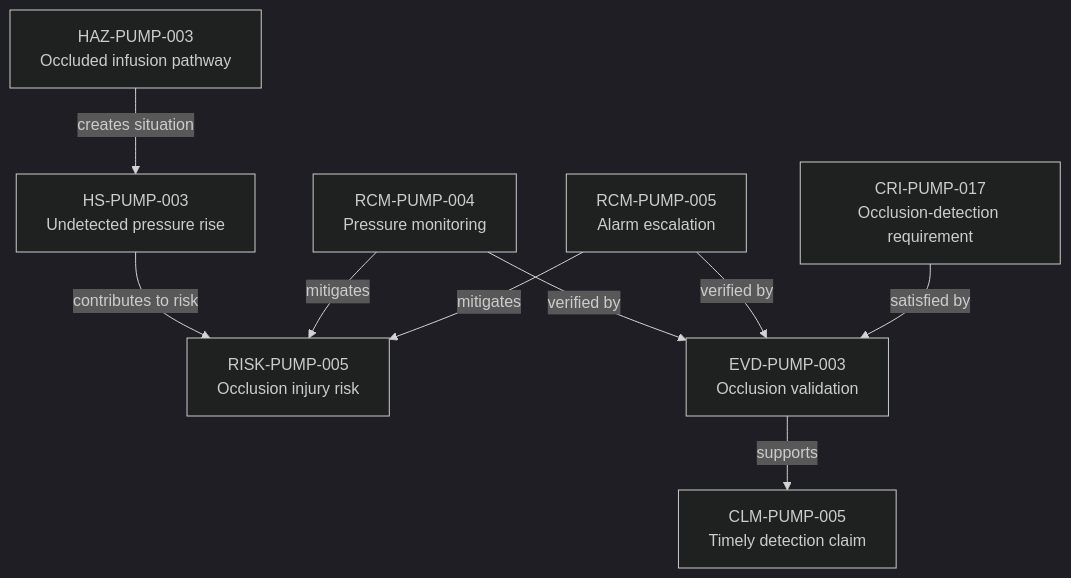
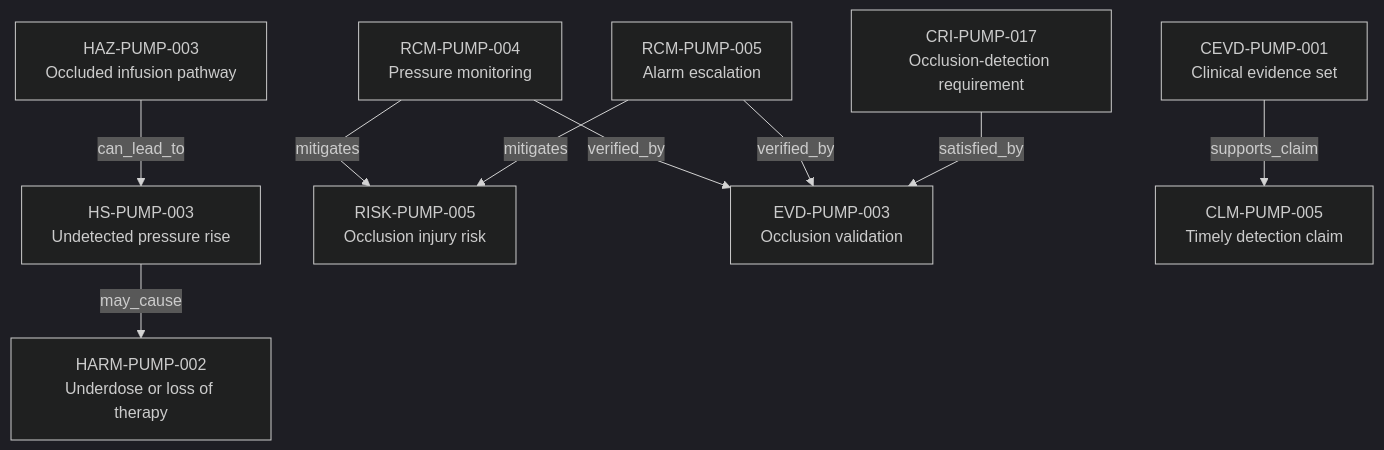
One commit to mvattulainen/mdrontology changed the diagram in content/06-Infpump FlowGuard ontology notes/connections/03-occlusion-detection-safety-case.md. Above: the diagram before and after it, drawn with Mermaid (dark theme). The commit also changed other lines of this file and 321 other files, not shown here.

Commit message:
Implement Mermaid ontology audit findings

````diff
--- a/content/06-Infpump FlowGuard ontology notes/connections/03-occlusion-detection-safety-case.md
+++ b/content/06-Infpump FlowGuard ontology notes/connections/03-occlusion-detection-safety-case.md
@@ -25,27 +24,32 @@
 ```mermaid
+%%{init: {"flowchart": {"curve": "linear"}}}%%
 flowchart TD
   N1["HAZ-PUMP-003<br/>Occluded infusion pathway"]
   N2["HS-PUMP-003<br/>Undetected pressure rise"]
-  N3["RISK-PUMP-005<br/>Occlusion injury risk"]
-  N4["RCM-PUMP-004<br/>Pressure monitoring"]
-  N5["RCM-PUMP-005<br/>Alarm escalation"]
-  N6["EVD-PUMP-003<br/>Occlusion validation"]
-  N7["CRI-PUMP-017<br/>Occlusion-detection requirement"]
-  N8["CLM-PUMP-005<br/>Timely detection claim"]
-  N1 -->|creates situation| N2
-  N2 -->|contributes to risk| N3
-  N4 -->|mitigates| N3
-  N5 -->|mitigates| N3
-  N4 -->|verified by| N6
-  N5 -->|verified by| N6
-  N7 -->|satisfied by| N6
-  N6 -->|supports| N8
+  N3["HARM-PUMP-002<br/>Underdose or loss of therapy"]
+  N4["RISK-PUMP-005<br/>Occlusion injury risk"]
+  N5["RCM-PUMP-004<br/>Pressure monitoring"]
+  N6["RCM-PUMP-005<br/>Alarm escalation"]
+  N7["EVD-PUMP-003<br/>Occlusion validation"]
+  N8["CRI-PUMP-017<br/>Occlusion-detection requirement"]
+  N9["CLM-PUMP-005<br/>Timely detection claim"]
+  N10["CEVD-PUMP-001<br/>Clinical evidence set"]
+  N1 -->|can_lead_to| N2
+  N2 -->|may_cause| N3
+  N5 -->|mitigates| N4
+  N6 -->|mitigates| N4
+  N5 -->|verified_by| N7
+  N6 -->|verified_by| N7
+  N8 -->|satisfied_by| N7
+  N10 -->|supports_claim| N9
   click N1 "/06-infpump-flowguard-ontology-notes/hazard/haz-pump-003-occluded-infusion-pathway" "Open HAZ-PUMP-003"
   click N2 "/06-infpump-flowguard-ontology-notes/hazardous-situation/hs-pump-003-pressure-rises-while-downstream-occlusion-is-undetected" "Open HS-PUMP-003"
-  click N3 "/06-infpump-flowguard-ontology-notes/risk/risk-pump-005-clinical-injury-following-occluded-infusion-pathway" "Open RISK-PUMP-005"
-  click N4 "/06-infpump-flowguard-ontology-notes/risk-control-measure/rcm-pump-004-occlusion-pressure-monitoring" "Open RCM-PUMP-004"
-  click N5 "/06-infpump-flowguard-ontology-notes/risk-control-measure/rcm-pump-005-occlusion-alarm-escalation" "Open RCM-PUMP-005"
-  click N6 "/06-infpump-flowguard-ontology-notes/verification-evidence/evd-pump-003-occlusion-detection-validation-report" "Open EVD-PUMP-003"
-  click N7 "/06-infpump-flowguard-ontology-notes/compliance-requirement-instance/cri-pump-017-occlusion-detection" "Open CRI-PUMP-017"
-  click N8 "/06-infpump-flowguard-ontology-notes/clinical-claim/clm-pump-005-detects-downstream-occlusion-before-prolonged-therapy-interruption" "Open CLM-PUMP-005"
+  click N3 "/06-infpump-flowguard-ontology-notes/harm/harm-pump-002-underdose-or-loss-of-therapy" "Open HARM-PUMP-002"
+  click N4 "/06-infpump-flowguard-ontology-notes/risk/risk-pump-005-clinical-injury-following-occluded-infusion-pathway" "Open RISK-PUMP-005"
+  click N5 "/06-infpump-flowguard-ontology-notes/risk-control-measure/rcm-pump-004-occlusion-pressure-monitoring" "Open RCM-PUMP-004"
+  click N6 "/06-infpump-flowguard-ontology-notes/risk-control-measure/rcm-pump-005-occlusion-alarm-escalation" "Open RCM-PUMP-005"
+  click N7 "/06-infpump-flowguard-ontology-notes/verification-evidence/evd-pump-003-occlusion-detection-validation-report" "Open EVD-PUMP-003"
+  click N8 "/06-infpump-flowguard-ontology-notes/compliance-requirement-instance/cri-pump-017-occlusion-detection" "Open CRI-PUMP-017"
+  click N9 "/06-infpump-flowguard-ontology-notes/clinical-claim/clm-pump-005-detects-downstream-occlusion-before-prolonged-therapy-interruption" "Open CLM-PUMP-005"
+  click N10 "/06-infpump-flowguard-ontology-notes/clinical-evidence/cevd-pump-001-infpump-flowguard-clinical-evidence-set" "Open CEVD-PUMP-001"
 ```
````
